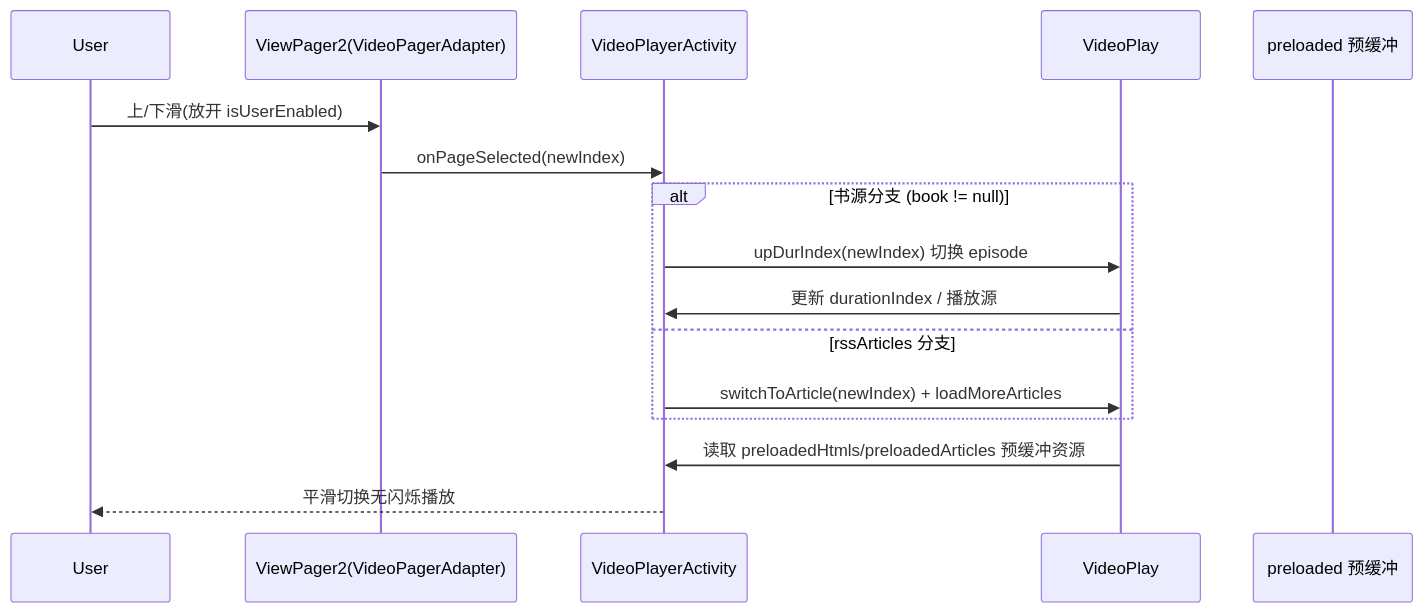
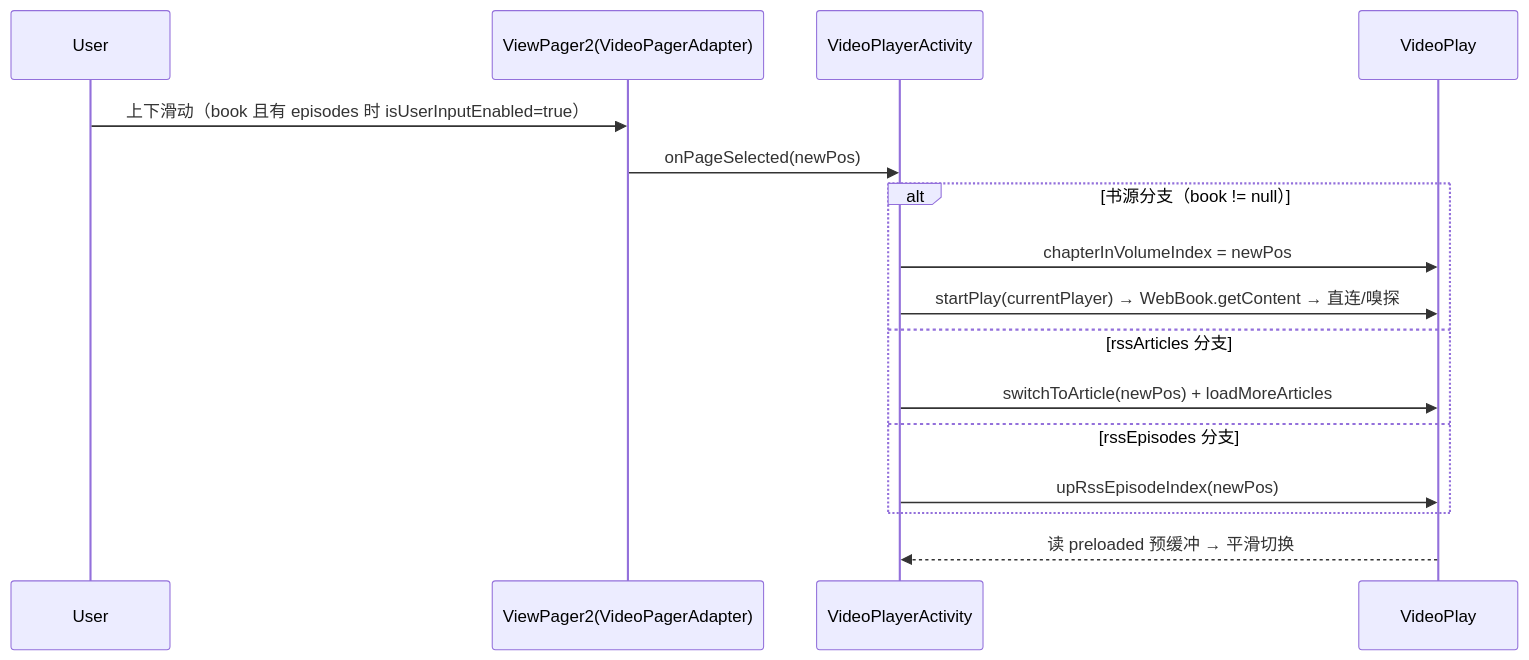
One commit to legado-backup/legado-m changed the third of 3 diagrams in docs/specs/sniff-migration-booksource/design.md. Above: the diagram before and after it, drawn with Mermaid. The commit also changed other lines of this file and 12 other files, not shown here.

````diff
--- a/docs/specs/sniff-migration-booksource/design.md
+++ b/docs/specs/sniff-migration-booksource/design.md
@@ -276,19 +305,19 @@
 ```mermaid
 sequenceDiagram
     participant User
     participant Pager as ViewPager2(VideoPagerAdapter)
     participant ACT as VideoPlayerActivity
     participant VP as VideoPlay
-    participant Buf as preloaded 预缓冲
 
-    User->>Pager: 上/下滑(放开 isUserEnabled)
-    Pager->>ACT: onPageSelected(newIndex)
-    alt 书源分支 (book != null)
-        ACT->>VP: upDurIndex(newIndex) 切换 episode
-        VP->>ACT: 更新 durationIndex / 播放源
+    User->>Pager: 上下滑动（book 且有 episodes 时 isUserInputEnabled=true）
+    Pager->>ACT: onPageSelected(newPos)
+    alt 书源分支（book != null）
+        ACT->>VP: chapterInVolumeIndex = newPos
+        ACT->>VP: startPlay(currentPlayer) → WebBook.getContent → 直连/嗅探
     else rssArticles 分支
-        ACT->>VP: switchToArticle(newIndex) + loadMoreArticles
+        ACT->>VP: switchToArticle(newPos) + loadMoreArticles
+    else rssEpisodes 分支
+        ACT->>VP: upRssEpisodeIndex(newPos)
     end
-    VP->>ACT: 读取 preloadedHtmls/preloadedArticles 预缓冲资源
-    ACT-->>User: 平滑切换无闪烁播放
+    VP-->>ACT: 读 preloaded 预缓冲 → 平滑切换
 ```
````
